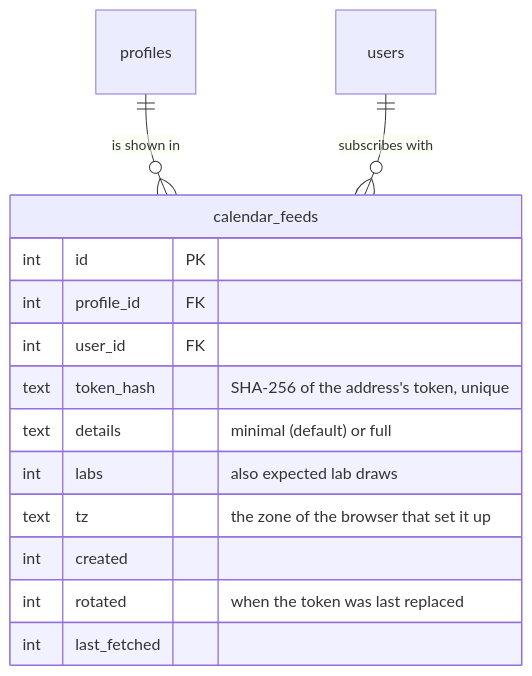
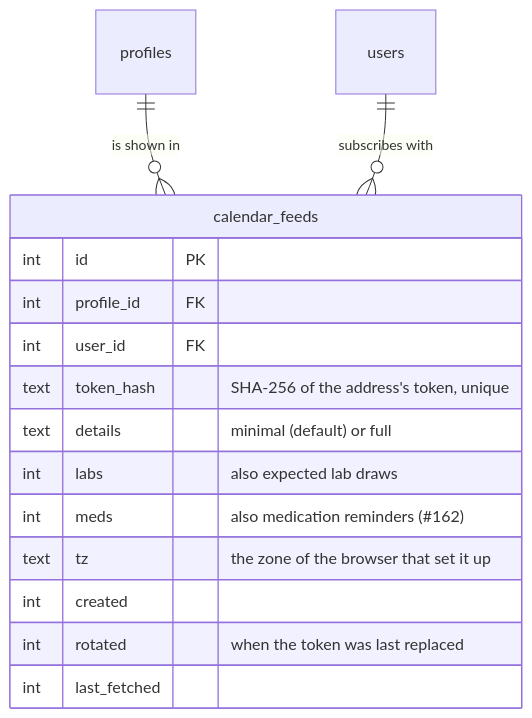
Before and after one commit to sanguity/sanguity: the eighth of 10 diagrams in docs/database.md, drawn with Mermaid. The commit also changed other lines of this file and 20 other files, not shown here.

````diff
--- a/docs/database.md
+++ b/docs/database.md
@@ -601,18 +617,19 @@
 ```mermaid
 erDiagram
     profiles ||--o{ calendar_feeds : "is shown in"
     users ||--o{ calendar_feeds : "subscribes with"
 
     calendar_feeds {
         int id PK
         int profile_id FK
         int user_id FK
         text token_hash "SHA-256 of the address's token, unique"
         text details "minimal (default) or full"
         int labs "also expected lab draws"
+        int meds "also medication reminders (#162)"
         text tz "the zone of the browser that set it up"
         int created
         int rotated "when the token was last replaced"
         int last_fetched
     }
 ```
````
